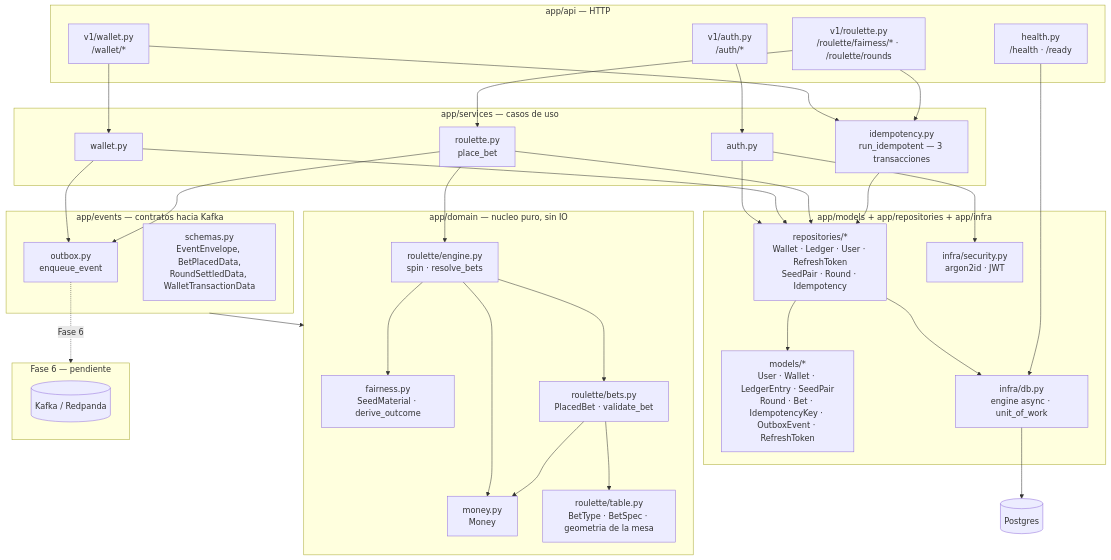
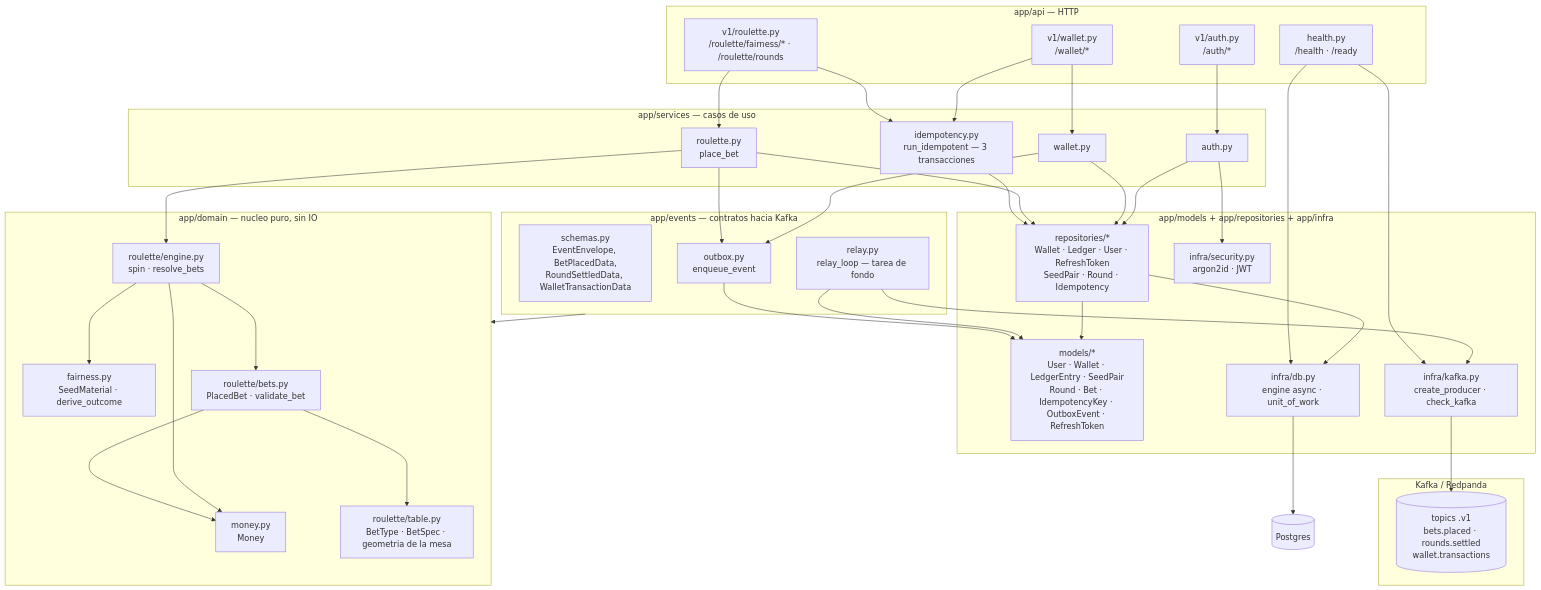
The first of 7 diagrams in README.md (alexander-tinoco/theclub-api), drawn with Mermaid before and after one commit. The commit also changed other lines of this file and 12 other files, not shown here.

First line of the commit message:
feat: productor de Kafka y relay del outbox (Fase 6)

````diff
--- a/README.md
+++ b/README.md
@@ -93,69 +94,75 @@
 ```mermaid
 flowchart TB
     subgraph API["app/api — HTTP"]
         health["health.py<br/>/health · /ready"]
         authapi["v1/auth.py<br/>/auth/*"]
         rouletteapi["v1/roulette.py<br/>/roulette/fairness/* · /roulette/rounds"]
         walletapi["v1/wallet.py<br/>/wallet/*"]
     end
 
     subgraph SERVICES["app/services — casos de uso"]
         authsvc["auth.py"]
         roulettesvc["roulette.py<br/>place_bet"]
         walletsvc["wallet.py"]
         idempotencysvc["idempotency.py<br/>run_idempotent — 3 transacciones"]
     end
 
     subgraph EVENTS["app/events — contratos hacia Kafka"]
         schemas["schemas.py<br/>EventEnvelope, BetPlacedData,<br/>RoundSettledData, WalletTransactionData"]
         outbox["outbox.py<br/>enqueue_event"]
+        relay["relay.py<br/>relay_loop — tarea de fondo"]
     end
 
     subgraph DOMAIN["app/domain — nucleo puro, sin IO"]
         money["money.py<br/>Money"]
         fairness["fairness.py<br/>SeedMaterial · derive_outcome"]
         table["roulette/table.py<br/>BetType · BetSpec · geometria de la mesa"]
         bets["roulette/bets.py<br/>PlacedBet · validate_bet"]
         engine["roulette/engine.py<br/>spin · resolve_bets"]
     end
 
     subgraph PERSISTENCE["app/models + app/repositories + app/infra"]
         models["models/*<br/>User · Wallet · LedgerEntry · SeedPair<br/>Round · Bet · IdempotencyKey · OutboxEvent · RefreshToken"]
         repos["repositories/*<br/>Wallet · Ledger · User · RefreshToken<br/>SeedPair · Round · Idempotency"]
         db_infra["infra/db.py<br/>engine async · unit_of_work"]
         security["infra/security.py<br/>argon2id · JWT"]
+        kafka_infra["infra/kafka.py<br/>create_producer · check_kafka"]
     end
 
-    subgraph KAFKA["Fase 6 — pendiente"]
-        kafka[("Kafka / Redpanda")]
+    subgraph KAFKA["Kafka / Redpanda"]
+        kafka[("topics .v1<br/>bets.placed · rounds.settled<br/>wallet.transactions")]
     end
 
     postgres[("Postgres")]
 
     EVENTS --> DOMAIN
     authapi --> authsvc
     rouletteapi --> idempotencysvc
     rouletteapi --> roulettesvc
     walletapi --> idempotencysvc
     walletapi --> walletsvc
     idempotencysvc --> repos
     roulettesvc --> engine
     roulettesvc --> repos
     roulettesvc --> outbox
     walletsvc --> repos
     walletsvc --> outbox
     authsvc --> repos
     authsvc --> security
     health --> db_infra
-    outbox -. Fase 6 .-> KAFKA
+    health --> kafka_infra
+    outbox --> models
+    relay --> models
+    relay --> kafka_infra
+    kafka_infra --> kafka
 
     repos --> models
     repos --> db_infra
     db_infra --> postgres
 
     bets --> table
     bets --> money
     engine --> bets
     engine --> fairness
     engine --> money
 ```
````
